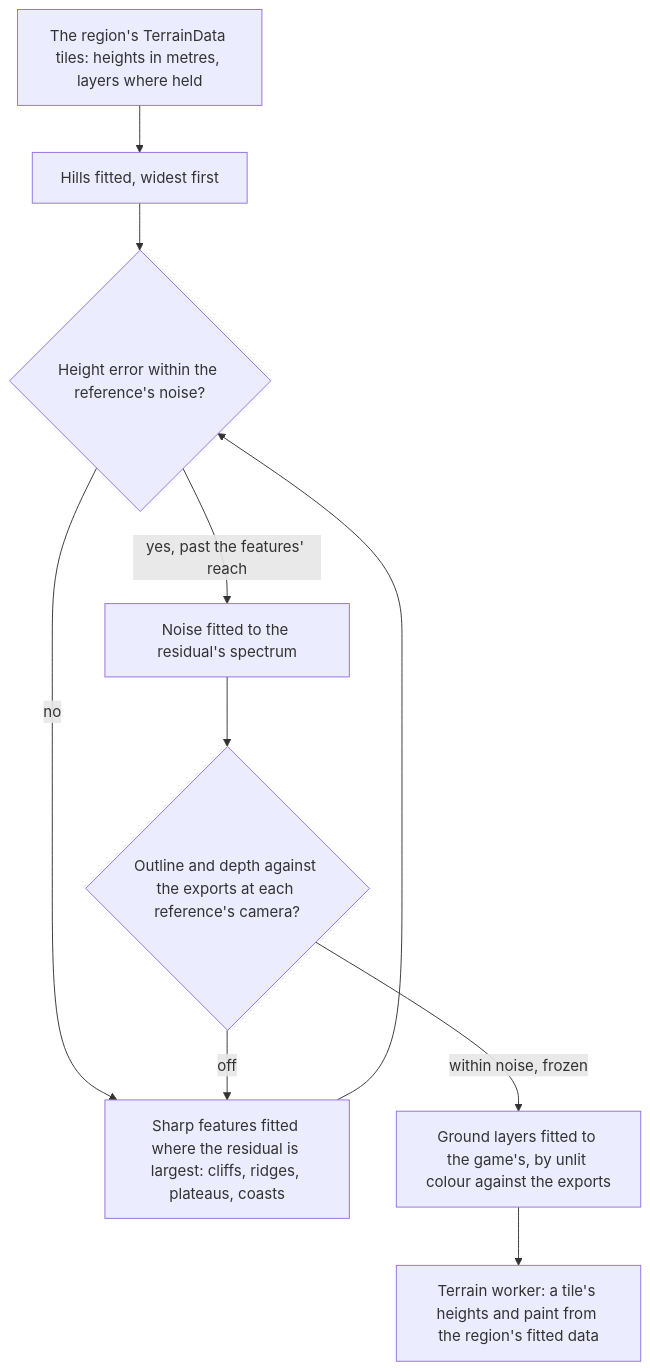
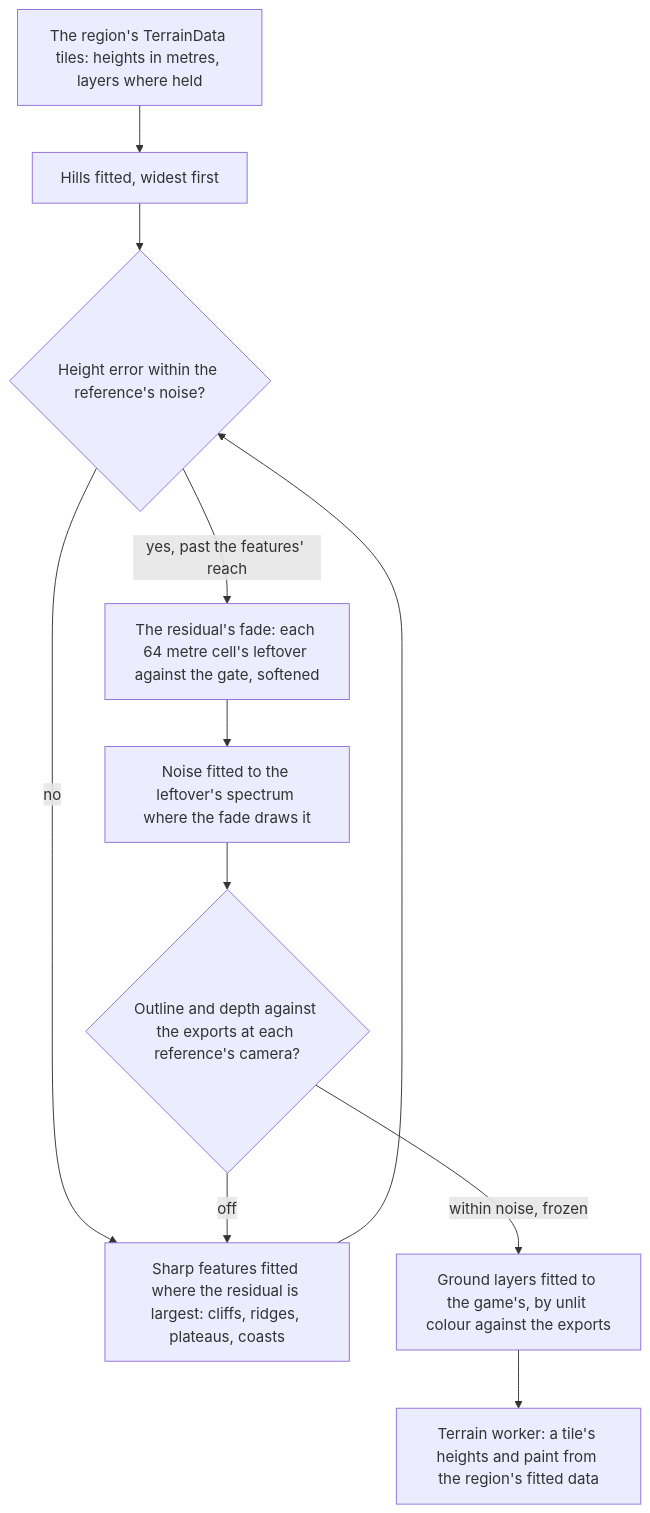
One commit to Esposter/Esposter changed the diagram in apps/web/content/docs/proposals/genshin/terrain-shapes.md. Above: the diagram before and after it, drawn with Mermaid. The commit also changed other lines of this file and 3 other files, not shown here.

First line of the commit message:
docs(genshin): the terrain residual's fade is written up and the Windrise ground item misses on its composed bar

````diff
--- a/apps/web/content/docs/proposals/genshin/terrain-shapes.md
+++ b/apps/web/content/docs/proposals/genshin/terrain-shapes.md
@@ -30,12 +31,13 @@
 ```mermaid
 flowchart TD
   TD["The region's TerrainData tiles: heights in metres, layers where held"] --> HILLS["Hills fitted, widest first"]
   HILLS --> G1{"Height error within the reference's noise?"}
   G1 -->|no| FEAT["Sharp features fitted where the residual is largest: cliffs, ridges, plateaus, coasts"]
   FEAT --> G1
-  G1 -->|"yes, past the features' reach"| NZ["Noise fitted to the residual's spectrum"]
+  G1 -->|"yes, past the features' reach"| FD["The residual's fade: each 64 metre cell's leftover against the gate, softened"]
+  FD --> NZ["Noise fitted to the leftover's spectrum where the fade draws it"]
   NZ --> SH{"Outline and depth against the exports at each reference's camera?"}
   SH -->|off| FEAT
   SH -->|"within noise, frozen"| PAINT["Ground layers fitted to the game's, by unlit colour against the exports"]
   PAINT --> WK["Terrain worker: a tile's heights and paint from the region's fitted data"]
 ```
````
